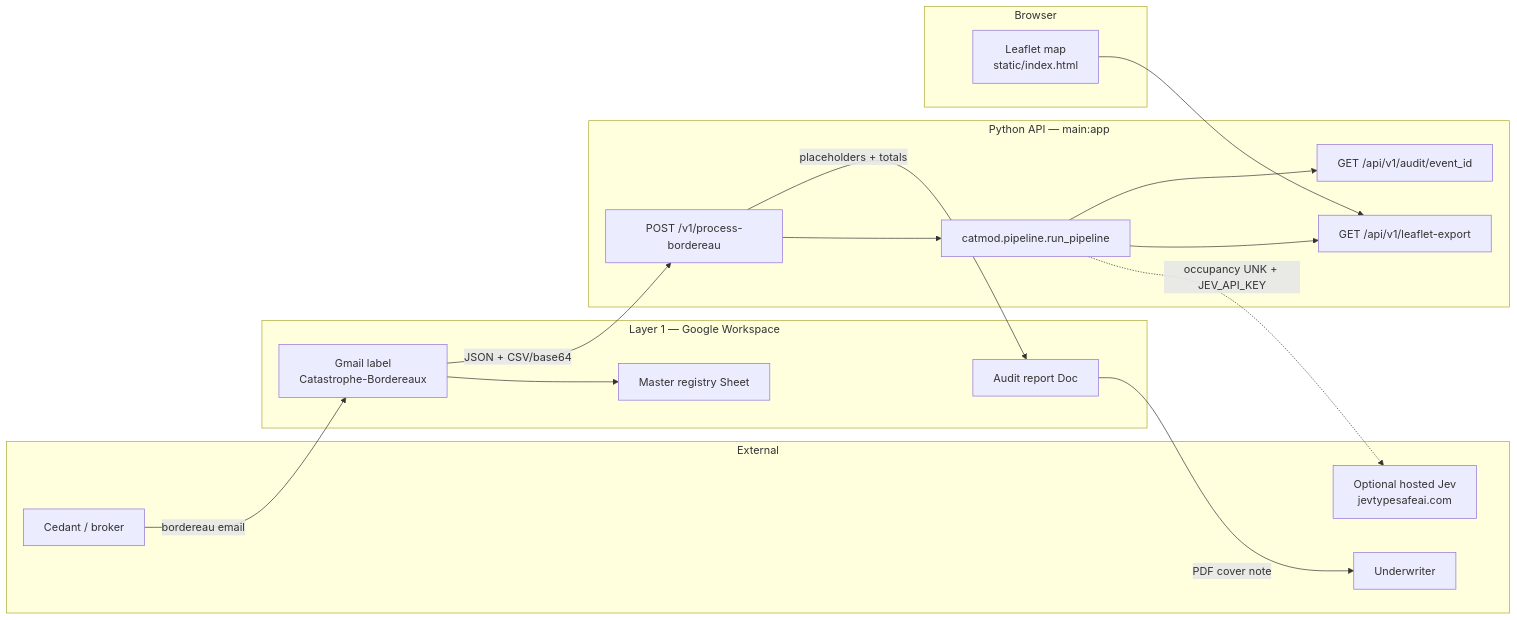
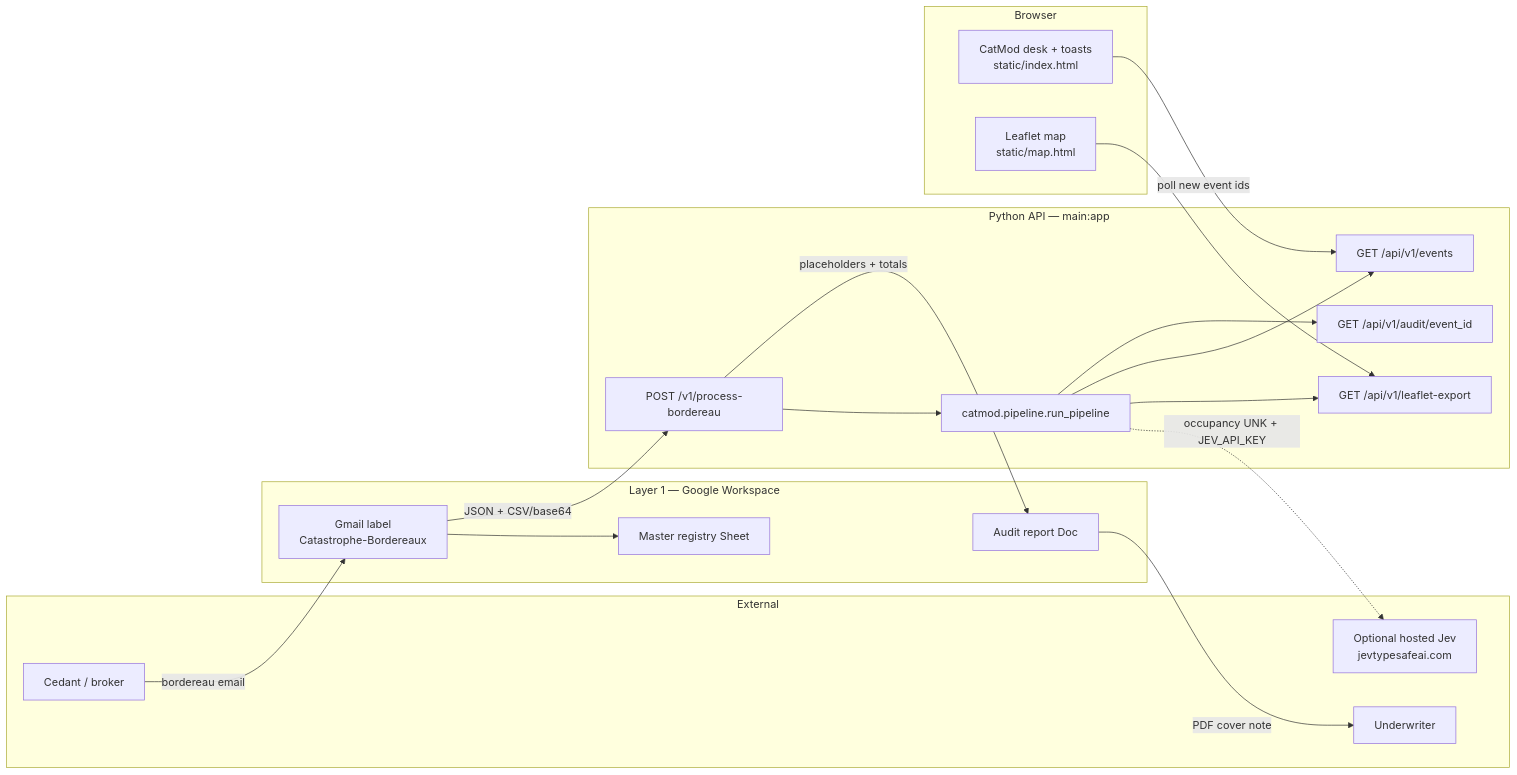
Before and after one commit to skanyingi/Alpha: the first of 5 diagrams in ARCHITECTURE.md, drawn with Mermaid. The commit also changed other lines of this file and 3 other files, not shown here.

Commit message:
Show new Apps Script jobs as colored top cards and refresh the architecture dump.

````diff
--- a/ARCHITECTURE.md
+++ b/ARCHITECTURE.md
@@ -43,36 +43,40 @@
 ```mermaid
 flowchart LR
   subgraph External
     C[Cedant / broker]
     U[Underwriter]
     JevAPI[Optional hosted Jev<br/>jevtypesafeai.com]
   end
 
   subgraph GoogleWorkspace["Layer 1 — Google Workspace"]
     Gmail[Gmail label<br/>Catastrophe-Bordereaux]
     Sheet[Master registry Sheet]
     Docs[Audit report Doc]
   end
 
   subgraph Backend["Python API — main:app"]
     WH[POST /v1/process-bordereau]
     Pipe[catmod.pipeline.run_pipeline]
     Map[GET /api/v1/leaflet-export]
+    Ev[GET /api/v1/events]
     Aud[GET /api/v1/audit/event_id]
   end
 
   subgraph Browser
-    Leaf[Leaflet map<br/>static/index.html]
+    Desk[CatMod desk + toasts<br/>static/index.html]
+    Leaf[Leaflet map<br/>static/map.html]
   end
 
   C -->|bordereau email| Gmail
   Gmail --> Sheet
   Gmail -->|JSON + CSV/base64| WH
   WH --> Pipe
   Pipe -.->|occupancy UNK + JEV_API_KEY| JevAPI
   Pipe --> Map
+  Pipe --> Ev
   Pipe --> Aud
   WH -->|placeholders + totals| Docs
   Docs -->|PDF cover note| U
+  Desk -->|poll new event ids| Ev
   Leaf --> Map
 ```
````
